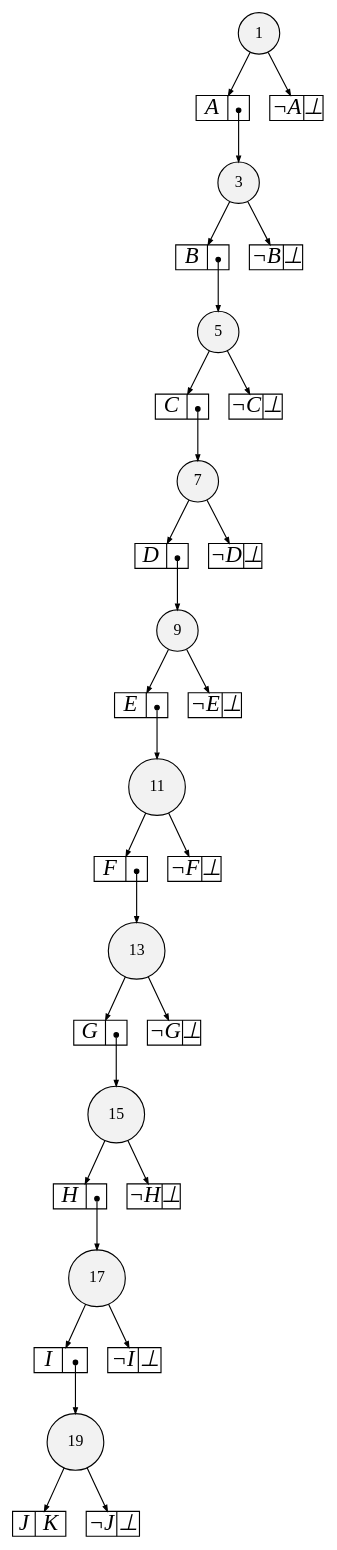
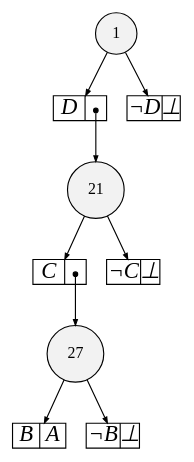
The diagram in tmp2.dot (hugopaquet/mcmas-sdds), drawn with Graphviz before and after one commit. The commit also changed 50 other files, not shown here.

```diff
--- a/tmp2.dot
+++ b/tmp2.dot
@@ -3,20 +3,13 @@
 
 overlap=false
 
-{rank=same; n71789 }
-{rank=same; n71790 }
-{rank=same; n72019 }
-{rank=same; n72020 }
-{rank=same; n72021 }
-{rank=same; n72022 }
-{rank=same; n72023 }
-{rank=same; n72024 }
-{rank=same; n72025 }
-{rank=same; n72026 }
+{rank=same; n56 }
+{rank=same; n22285 }
+{rank=same; n22286 }
 
-n71789 [label= "19",style=filled,fillcolor=gray95,shape=circle,height=.25,width=.25]; 
-n71789e0
-      [label= "<L>J|<R>K",
+n56 [label= "27",style=filled,fillcolor=gray95,shape=circle,height=.25,width=.25]; 
+n56e0
+      [label= "<L>B|<R>A",
       shape=record,
       fontsize=20,
       fontname="Times-Italic",
@@ -26,9 +19,9 @@
       height=.30, 
       width=.65];
 
-n71789->n71789e0 [arrowsize=.50];
-n71789e1
-      [label= "<L>&not;J|<R>&#8869;",
+n56->n56e0 [arrowsize=.50];
+n56e1
+      [label= "<L>&not;B|<R>&#8869;",
       shape=record,
       fontsize=20,
       fontname="Times-Italic",
@@ -38,10 +31,10 @@
       height=.30, 
       width=.65];
 
-n71789->n71789e1 [arrowsize=.50];
-n71790 [label= "17",style=filled,fillcolor=gray95,shape=circle,height=.25,width=.25]; 
-n71790e0
-      [label= "<L>I|<R>",
+n56->n56e1 [arrowsize=.50];
+n22285 [label= "21",style=filled,fillcolor=gray95,shape=circle,height=.25,width=.25]; 
+n22285e0
+      [label= "<L>C|<R>",
       shape=record,
       fontsize=20,
       fontname="Times-Italic",
@@ -51,10 +44,10 @@
       height=.30, 
       width=.65];
 
-n71790->n71790e0 [arrowsize=.50];
-n71790e0:R:c->n71789 [arrowsize=.50,tailclip=false,arrowtail=dot,dir=both];
-n71790e1
-      [label= "<L>&not;I|<R>&#8869;",
+n22285->n22285e0 [arrowsize=.50];
+n22285e0:R:c->n56 [arrowsize=.50,tailclip=false,arrowtail=dot,dir=both];
+n22285e1
+      [label= "<L>&not;C|<R>&#8869;",
       shape=record,
       fontsize=20,
       fontname="Times-Italic",
@@ -64,113 +57,9 @@
       height=.30, 
       width=.65];
 
-n71790->n71790e1 [arrowsize=.50];
-n72019 [label= "15",style=filled,fillcolor=gray95,shape=circle,height=.25,width=.25]; 
-n72019e0
-      [label= "<L>H|<R>",
-      shape=record,
-      fontsize=20,
-      fontname="Times-Italic",
-      fillcolor=white,
-      style=filled,
-      fixedsize=true,
-      height=.30, 
-      width=.65];
-
-n72019->n72019e0 [arrowsize=.50];
-n72019e0:R:c->n71790 [arrowsize=.50,tailclip=false,arrowtail=dot,dir=both];
-n72019e1
-      [label= "<L>&not;H|<R>&#8869;",
-      shape=record,
-      fontsize=20,
-      fontname="Times-Italic",
-      fillcolor=white,
-      style=filled,
-      fixedsize=true,
-      height=.30, 
-      width=.65];
-
-n72019->n72019e1 [arrowsize=.50];
-n72020 [label= "13",style=filled,fillcolor=gray95,shape=circle,height=.25,width=.25]; 
-n72020e0
-      [label= "<L>G|<R>",
-      shape=record,
-      fontsize=20,
-      fontname="Times-Italic",
-      fillcolor=white,
-      style=filled,
-      fixedsize=true,
-      height=.30, 
-      width=.65];
-
-n72020->n72020e0 [arrowsize=.50];
-n72020e0:R:c->n72019 [arrowsize=.50,tailclip=false,arrowtail=dot,dir=both];
-n72020e1
-      [label= "<L>&not;G|<R>&#8869;",
-      shape=record,
-      fontsize=20,
-      fontname="Times-Italic",
-      fillcolor=white,
-      style=filled,
-      fixedsize=true,
-      height=.30, 
-      width=.65];
-
-n72020->n72020e1 [arrowsize=.50];
-n72021 [label= "11",style=filled,fillcolor=gray95,shape=circle,height=.25,width=.25]; 
-n72021e0
-      [label= "<L>F|<R>",
-      shape=record,
-      fontsize=20,
-      fontname="Times-Italic",
-      fillcolor=white,
-      style=filled,
-      fixedsize=true,
-      height=.30, 
-      width=.65];
-
-n72021->n72021e0 [arrowsize=.50];
-n72021e0:R:c->n72020 [arrowsize=.50,tailclip=false,arrowtail=dot,dir=both];
-n72021e1
-      [label= "<L>&not;F|<R>&#8869;",
-      shape=record,
-      fontsize=20,
-      fontname="Times-Italic",
-      fillcolor=white,
-      style=filled,
-      fixedsize=true,
-      height=.30, 
-      width=.65];
-
-n72021->n72021e1 [arrowsize=.50];
-n72022 [label= "9",style=filled,fillcolor=gray95,shape=circle,height=.25,width=.25]; 
-n72022e0
-      [label= "<L>E|<R>",
-      shape=record,
-      fontsize=20,
-      fontname="Times-Italic",
-      fillcolor=white,
-      style=filled,
-      fixedsize=true,
-      height=.30, 
-      width=.65];
-
-n72022->n72022e0 [arrowsize=.50];
-n72022e0:R:c->n72021 [arrowsize=.50,tailclip=false,arrowtail=dot,dir=both];
-n72022e1
-      [label= "<L>&not;E|<R>&#8869;",
-      shape=record,
-      fontsize=20,
-      fontname="Times-Italic",
-      fillcolor=white,
-      style=filled,
-      fixedsize=true,
-      height=.30, 
-      width=.65];
-
-n72022->n72022e1 [arrowsize=.50];
-n72023 [label= "7",style=filled,fillcolor=gray95,shape=circle,height=.25,width=.25]; 
-n72023e0
+n22285->n22285e1 [arrowsize=.50];
+n22286 [label= "1",style=filled,fillcolor=gray95,shape=circle,height=.25,width=.25]; 
+n22286e0
       [label= "<L>D|<R>",
       shape=record,
       fontsize=20,
@@ -181,9 +70,9 @@
       height=.30, 
       width=.65];
 
-n72023->n72023e0 [arrowsize=.50];
-n72023e0:R:c->n72022 [arrowsize=.50,tailclip=false,arrowtail=dot,dir=both];
-n72023e1
+n22286->n22286e0 [arrowsize=.50];
+n22286e0:R:c->n22285 [arrowsize=.50,tailclip=false,arrowtail=dot,dir=both];
+n22286e1
       [label= "<L>&not;D|<R>&#8869;",
       shape=record,
       fontsize=20,
@@ -194,85 +83,7 @@
       height=.30, 
       width=.65];
 
-n72023->n72023e1 [arrowsize=.50];
-n72024 [label= "5",style=filled,fillcolor=gray95,shape=circle,height=.25,width=.25]; 
-n72024e0
-      [label= "<L>C|<R>",
-      shape=record,
-      fontsize=20,
-      fontname="Times-Italic",
-      fillcolor=white,
-      style=filled,
-      fixedsize=true,
-      height=.30, 
-      width=.65];
-
-n72024->n72024e0 [arrowsize=.50];
-n72024e0:R:c->n72023 [arrowsize=.50,tailclip=false,arrowtail=dot,dir=both];
-n72024e1
-      [label= "<L>&not;C|<R>&#8869;",
-      shape=record,
-      fontsize=20,
-      fontname="Times-Italic",
-      fillcolor=white,
-      style=filled,
-      fixedsize=true,
-      height=.30, 
-      width=.65];
-
-n72024->n72024e1 [arrowsize=.50];
-n72025 [label= "3",style=filled,fillcolor=gray95,shape=circle,height=.25,width=.25]; 
-n72025e0
-      [label= "<L>B|<R>",
-      shape=record,
-      fontsize=20,
-      fontname="Times-Italic",
-      fillcolor=white,
-      style=filled,
-      fixedsize=true,
-      height=.30, 
-      width=.65];
-
-n72025->n72025e0 [arrowsize=.50];
-n72025e0:R:c->n72024 [arrowsize=.50,tailclip=false,arrowtail=dot,dir=both];
-n72025e1
-      [label= "<L>&not;B|<R>&#8869;",
-      shape=record,
-      fontsize=20,
-      fontname="Times-Italic",
-      fillcolor=white,
-      style=filled,
-      fixedsize=true,
-      height=.30, 
-      width=.65];
-
-n72025->n72025e1 [arrowsize=.50];
-n72026 [label= "1",style=filled,fillcolor=gray95,shape=circle,height=.25,width=.25]; 
-n72026e0
-      [label= "<L>A|<R>",
-      shape=record,
-      fontsize=20,
-      fontname="Times-Italic",
-      fillcolor=white,
-      style=filled,
-      fixedsize=true,
-      height=.30, 
-      width=.65];
-
-n72026->n72026e0 [arrowsize=.50];
-n72026e0:R:c->n72025 [arrowsize=.50,tailclip=false,arrowtail=dot,dir=both];
-n72026e1
-      [label= "<L>&not;A|<R>&#8869;",
-      shape=record,
-      fontsize=20,
-      fontname="Times-Italic",
-      fillcolor=white,
-      style=filled,
-      fixedsize=true,
-      height=.30, 
-      width=.65];
-
-n72026->n72026e1 [arrowsize=.50];
+n22286->n22286e1 [arrowsize=.50];
 
 
 }
```
